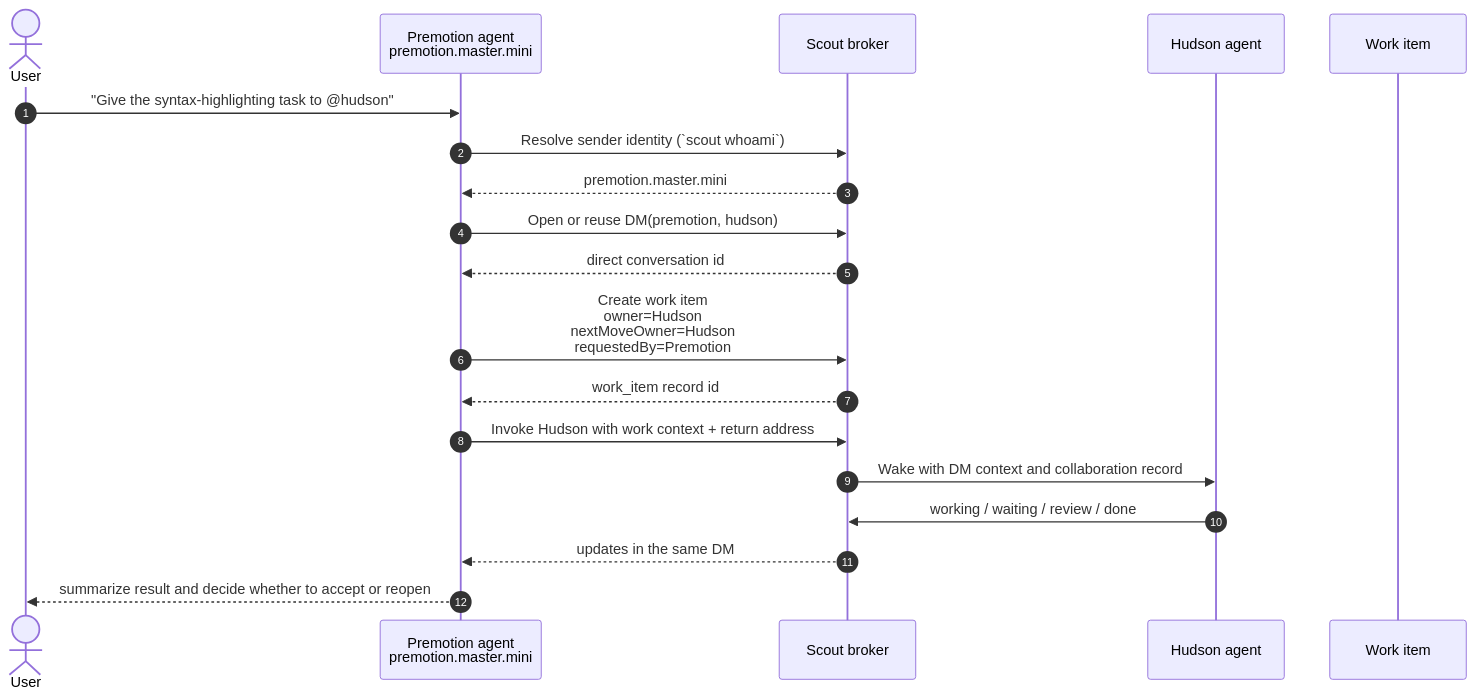
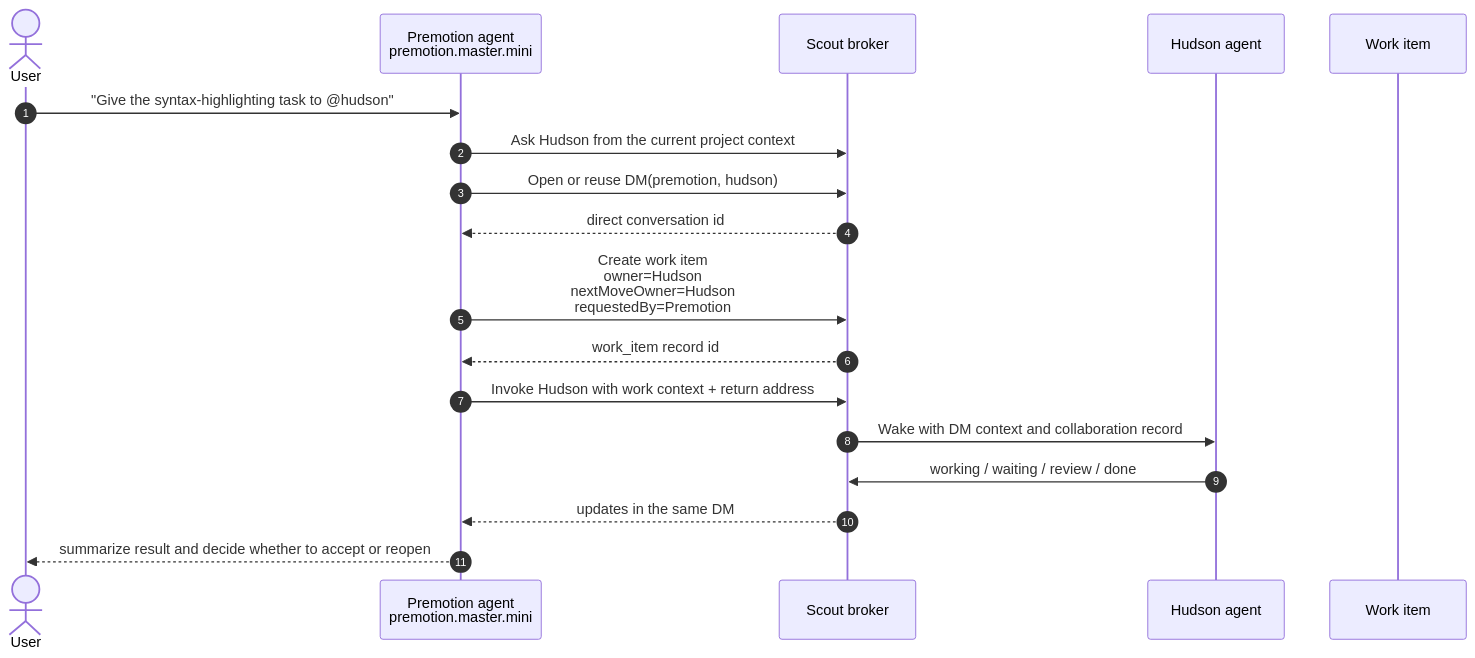
Before and after one commit to arach/openscout: the diagram in docs/scout-agent-delegation.md, drawn with Mermaid. The commit also changed other lines of this file and 15 other files, not shown here.

````diff
--- a/docs/scout-agent-delegation.md
+++ b/docs/scout-agent-delegation.md
@@ -18,22 +18,21 @@
 ```mermaid
 sequenceDiagram
   autonumber
   actor User
   participant Premotion as Premotion agent<br/>premotion.master.mini
   participant Broker as Scout broker
   participant Hudson as Hudson agent
   participant Work as Work item
 
   User->>Premotion: "Give the syntax-highlighting task to @hudson"
-  Premotion->>Broker: Resolve sender identity (`scout whoami`)
-  Broker-->>Premotion: premotion.master.mini
+  Premotion->>Broker: Ask Hudson from the current project context
   Premotion->>Broker: Open or reuse DM(premotion, hudson)
   Broker-->>Premotion: direct conversation id
   Premotion->>Broker: Create work item<br/>owner=Hudson<br/>nextMoveOwner=Hudson<br/>requestedBy=Premotion
   Broker-->>Premotion: work_item record id
   Premotion->>Broker: Invoke Hudson with work context + return address
   Broker->>Hudson: Wake with DM context and collaboration record
   Hudson->>Broker: working / waiting / review / done
   Broker-->>Premotion: updates in the same DM
   Premotion-->>User: summarize result and decide whether to accept or reopen
 ```
````
